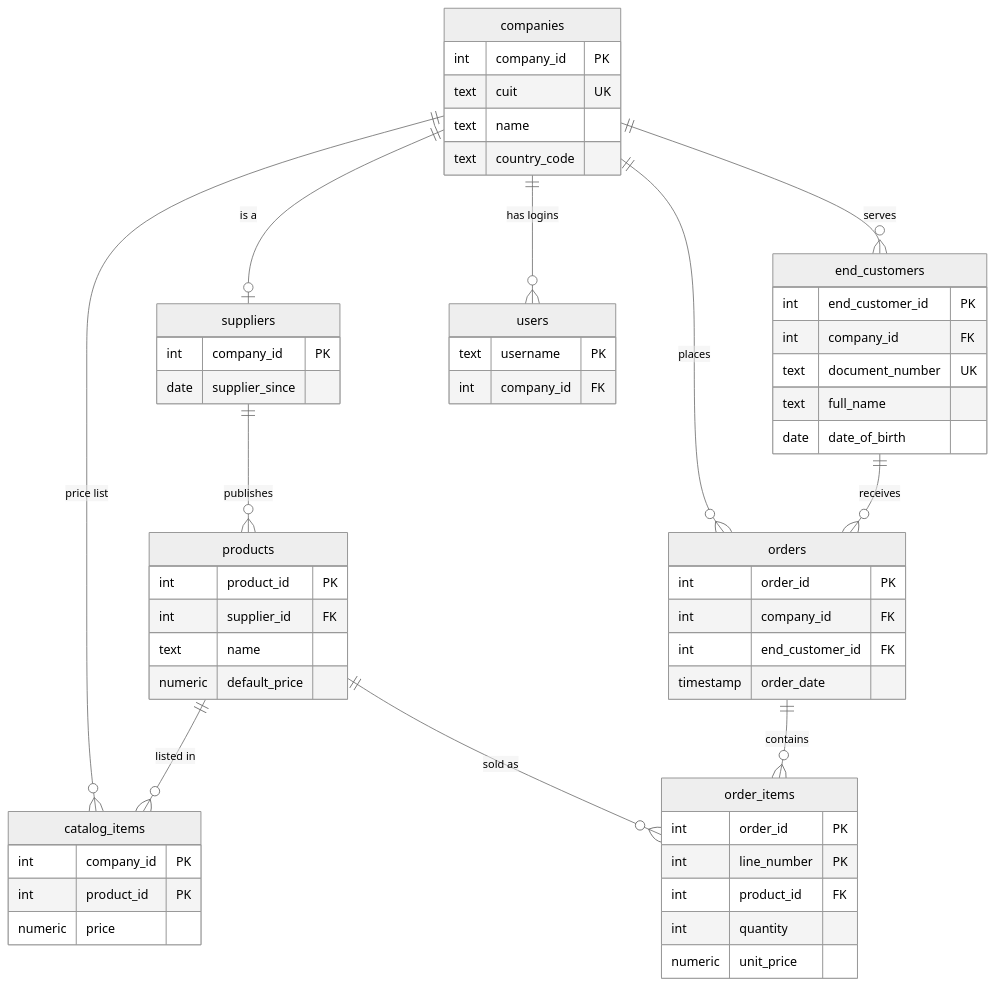
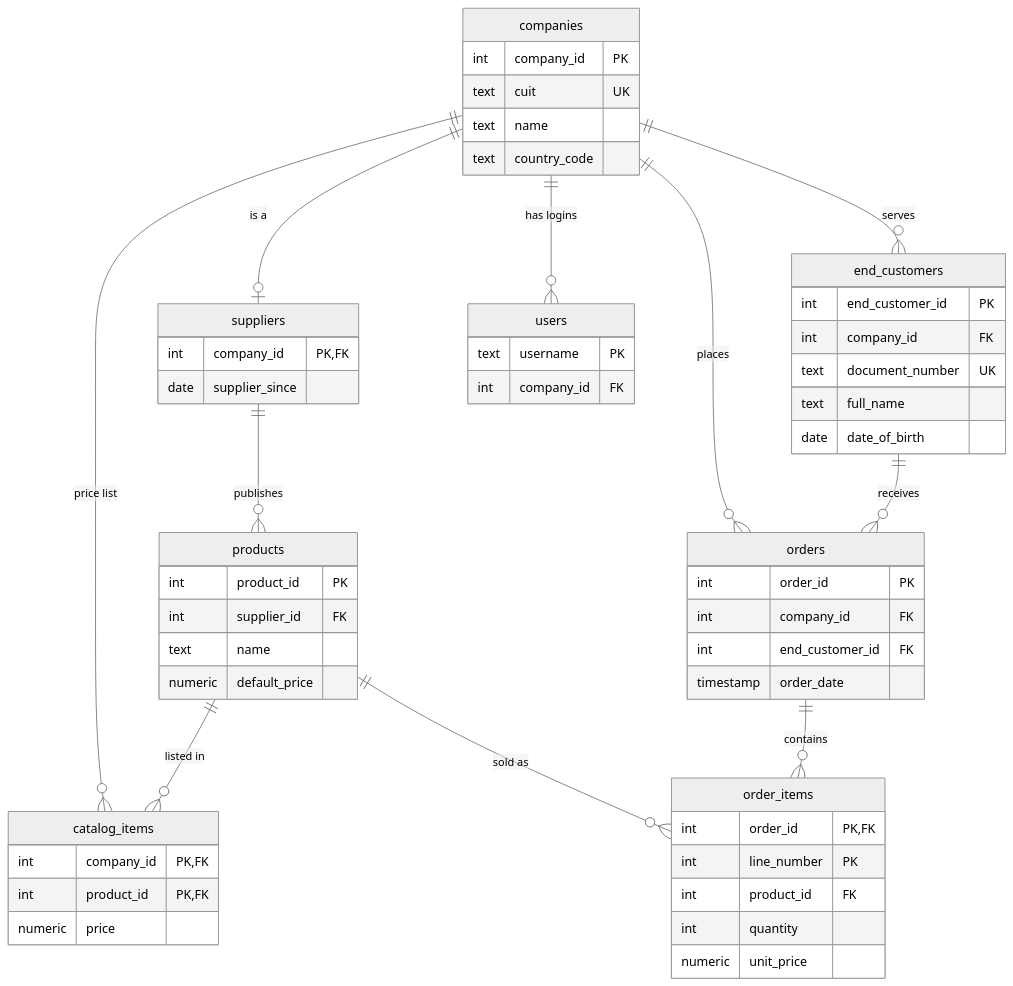
The first of 2 diagrams in docs/erd.md (Ali-Debugs/b2b-dw-pg), drawn with Mermaid (neutral theme) before and after one commit. The commit also changed other lines of this file, not shown here.

Commit message:
Add the missing key markers to the ER diagrams
Four source columns are both primary key and foreign key, and dim_device.device_name is unique.

````diff
--- a/docs/erd.md
+++ b/docs/erd.md
@@ -13,59 +13,59 @@
 ```mermaid
 erDiagram
     companies     ||--o| suppliers : "is a"
     companies     ||--o{ end_customers : serves
     companies     ||--o{ catalog_items : "price list"
     companies     ||--o{ orders : places
     companies     ||--o{ users : "has logins"
     suppliers     ||--o{ products : publishes
     products      ||--o{ catalog_items : "listed in"
     products      ||--o{ order_items : "sold as"
     end_customers ||--o{ orders : receives
     orders        ||--o{ order_items : contains
 
     companies {
         int company_id PK
         text cuit UK
         text name
         text country_code
     }
     suppliers {
-        int company_id PK
+        int company_id PK, FK
         date supplier_since
     }
     end_customers {
         int end_customer_id PK
         int company_id FK
         text document_number UK
         text full_name
         date date_of_birth
     }
     products {
         int product_id PK
         int supplier_id FK
         text name
         numeric default_price
     }
     catalog_items {
-        int company_id PK
-        int product_id PK
+        int company_id PK, FK
+        int product_id PK, FK
         numeric price
     }
     orders {
         int order_id PK
         int company_id FK
         int end_customer_id FK
         timestamp order_date
     }
     order_items {
-        int order_id PK
+        int order_id PK, FK
         int line_number PK
         int product_id FK
         int quantity
         numeric unit_price
     }
     users {
         text username PK
         int company_id FK
     }
 ```
````
